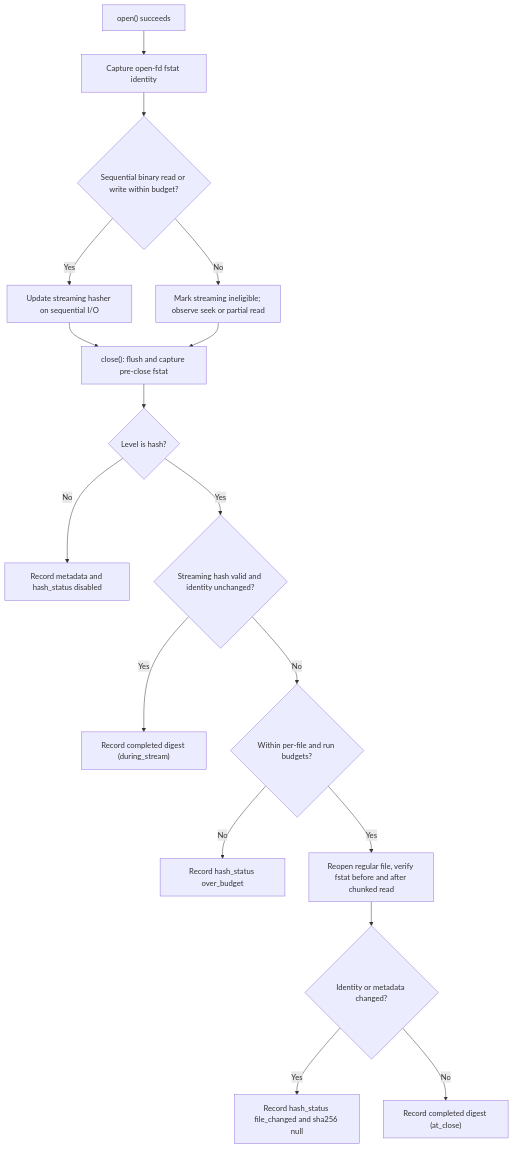
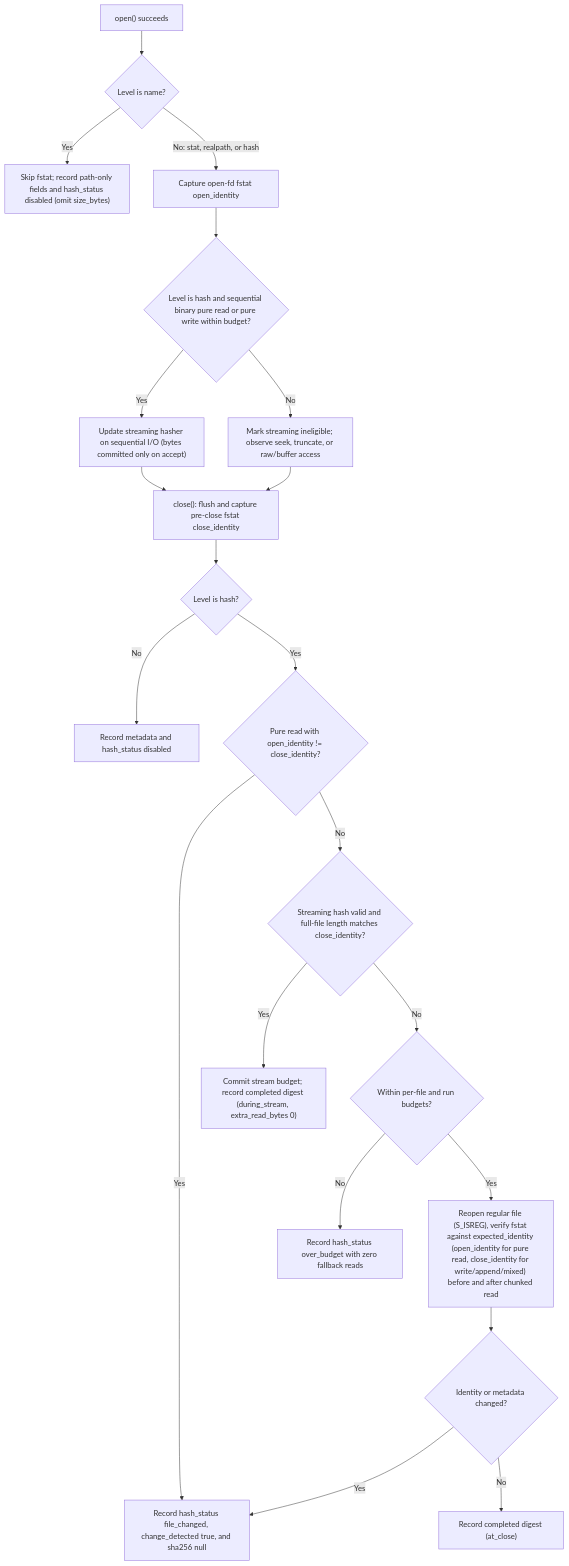
Before and after one commit to fariello/pubrun: the second of 2 diagrams in .aw/records/plans/pending/20261121-file-prov-01-xxi3nc-file-provenance-engine-hashing-guarantees-and-proxy-hardenin.ipd.md, drawn with Mermaid. The commit also changed other lines of this file and 1 other file, not shown here.

````diff
--- a/.aw/records/plans/pending/20261121-file-prov-01-xxi3nc-file-provenance-engine-hashing-guarantees-and-proxy-hardenin.ipd.md
+++ b/.aw/records/plans/pending/20261121-file-prov-01-xxi3nc-file-provenance-engine-hashing-guarantees-and-proxy-hardenin.ipd.md
@@ -43,19 +46,23 @@
 ```mermaid
 flowchart TD
-    A["open() succeeds"] --> B["Capture open-fd fstat identity"]
-    B --> C{"Sequential binary read or write within budget?"}
-    C -->|Yes| D["Update streaming hasher on sequential I/O"]
-    C -->|No| E["Mark streaming ineligible; observe seek or partial read"]
-    D --> F["close(): flush and capture pre-close fstat"]
-    E --> F
-    F --> G{"Level is hash?"}
-    G -->|No| H["Record metadata and hash_status disabled"]
-    G -->|Yes| I{"Streaming hash valid and identity unchanged?"}
-    I -->|Yes| J["Record completed digest (during_stream)"]
-    I -->|No| K{"Within per-file and run budgets?"}
-    K -->|No| L["Record hash_status over_budget"]
-    K -->|Yes| M["Reopen regular file, verify fstat before and after chunked read"]
-    M --> N{"Identity or metadata changed?"}
-    N -->|Yes| O["Record hash_status file_changed and sha256 null"]
-    N -->|No| P["Record completed digest (at_close)"]
+    A["open() succeeds"] --> B{"Level is name?"}
+    B -->|Yes| C["Skip fstat; record path-only fields and hash_status disabled (omit size_bytes)"]
+    B -->|No: stat, realpath, or hash| D["Capture open-fd fstat open_identity"]
+    D --> E{"Level is hash and sequential binary pure read or pure write within budget?"}
+    E -->|Yes| F["Update streaming hasher on sequential I/O (bytes committed only on accept)"]
+    E -->|No| G["Mark streaming ineligible; observe seek, truncate, or raw/buffer access"]
+    F --> H["close(): flush and capture pre-close fstat close_identity"]
+    G --> H
+    H --> I{"Level is hash?"}
+    I -->|No| J["Record metadata and hash_status disabled"]
+    I -->|Yes| K{"Pure read with open_identity != close_identity?"}
+    K -->|Yes| L["Record hash_status file_changed, change_detected true, and sha256 null"]
+    K -->|No| M{"Streaming hash valid and full-file length matches close_identity?"}
+    M -->|Yes| N["Commit stream budget; record completed digest (during_stream, extra_read_bytes 0)"]
+    M -->|No| O{"Within per-file and run budgets?"}
+    O -->|No| P["Record hash_status over_budget with zero fallback reads"]
+    O -->|Yes| Q["Reopen regular file (S_ISREG), verify fstat against expected_identity (open_identity for pure read, close_identity for write/append/mixed) before and after chunked read"]
+    Q --> R{"Identity or metadata changed?"}
+    R -->|Yes| L
+    R -->|No| S["Record completed digest (at_close)"]
 ```
````
